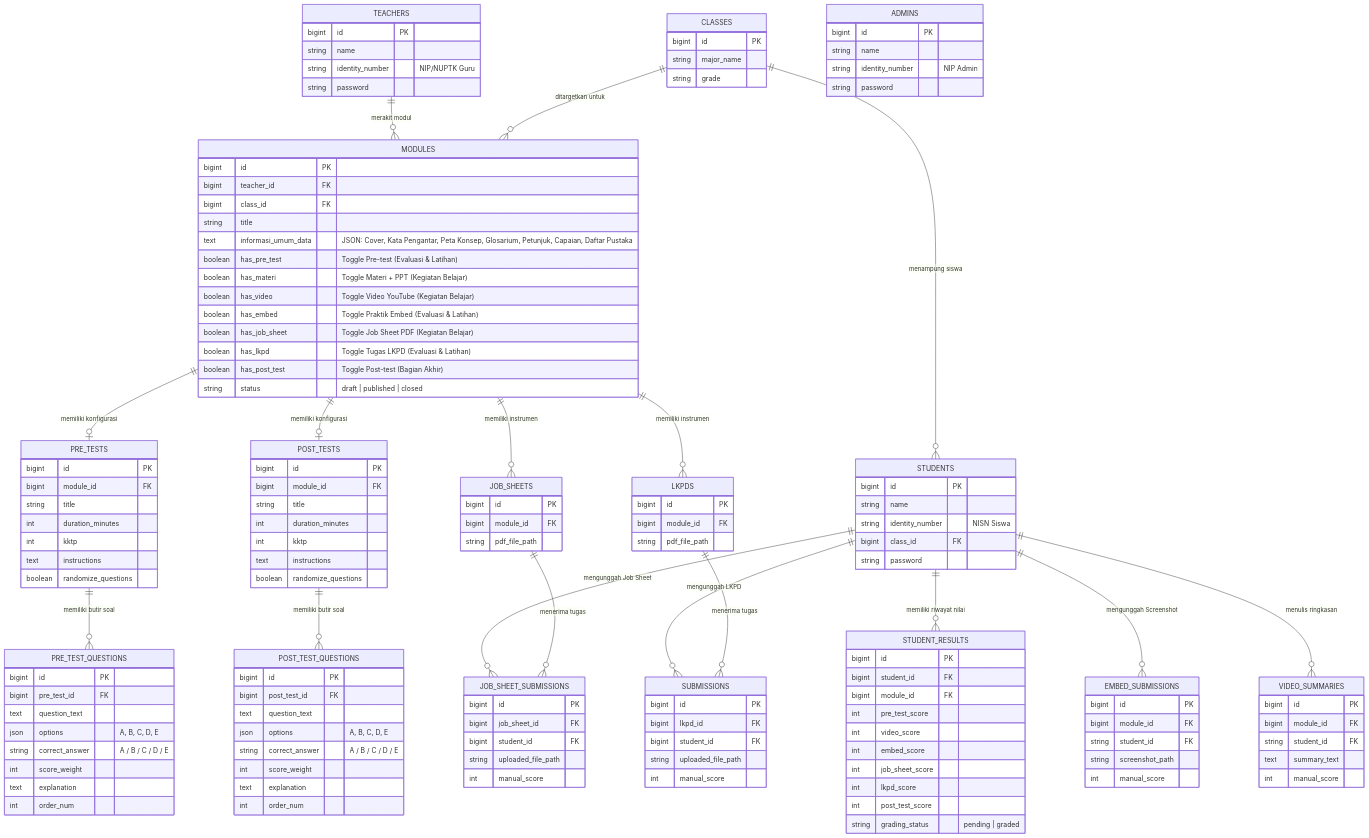
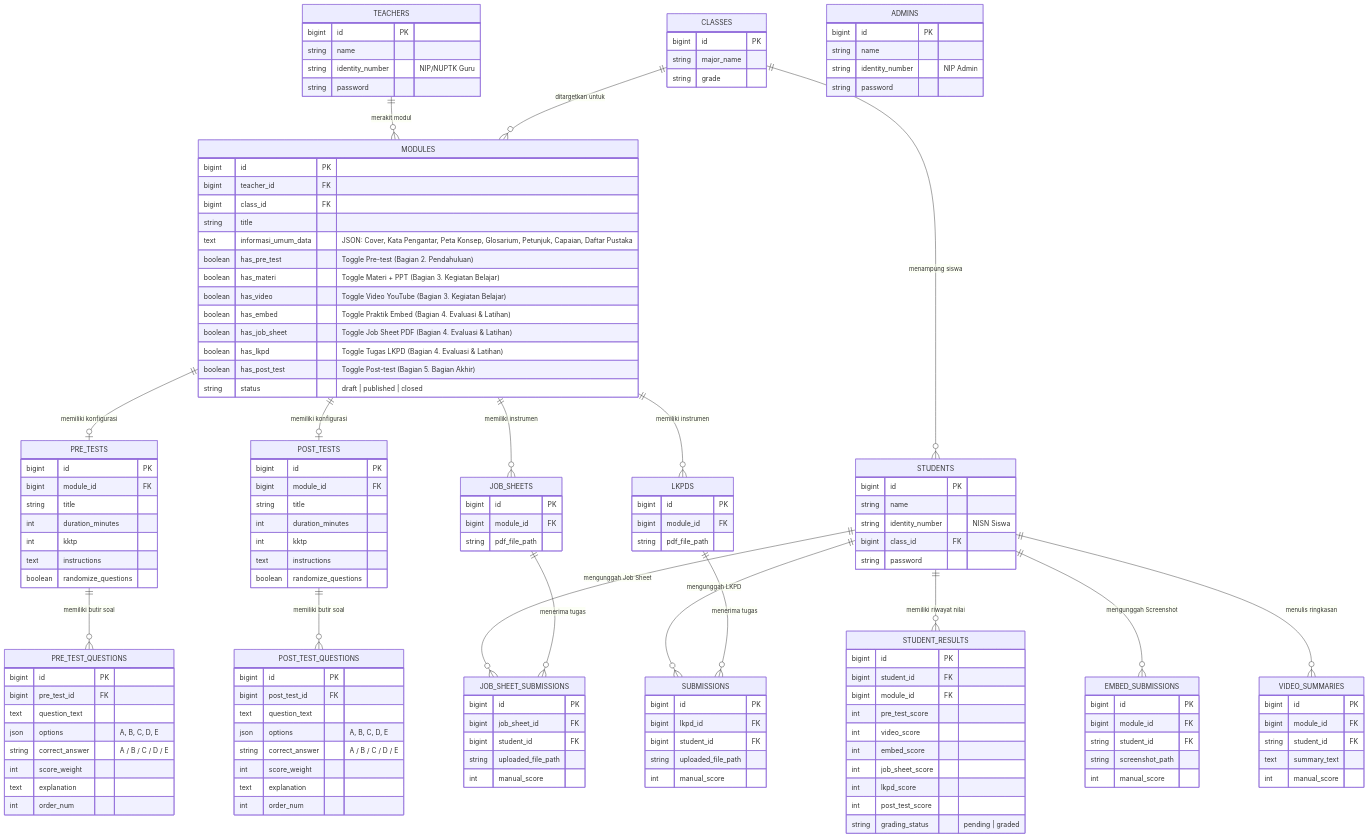
One commit to AdiLamunedo21/e-modul changed the second of 2 diagrams in prd.md. Above: the diagram before and after it, drawn with Mermaid. The commit also changed other lines of this file and 4 other files, not shown here.

```diff
--- a/prd.md
+++ b/prd.md
@@ -309,13 +328,13 @@
         bigint class_id FK
         string title
         text informasi_umum_data "JSON: Cover, Kata Pengantar, Peta Konsep, Glosarium, Petunjuk, Capaian, Daftar Pustaka"
-        boolean has_pre_test "Toggle Pre-test (Evaluasi & Latihan)"
-        boolean has_materi "Toggle Materi + PPT (Kegiatan Belajar)"
-        boolean has_video "Toggle Video YouTube (Kegiatan Belajar)"
-        boolean has_embed "Toggle Praktik Embed (Evaluasi & Latihan)"
-        boolean has_job_sheet "Toggle Job Sheet PDF (Kegiatan Belajar)"
-        boolean has_lkpd "Toggle Tugas LKPD (Evaluasi & Latihan)"
-        boolean has_post_test "Toggle Post-test (Bagian Akhir)"
+        boolean has_pre_test "Toggle Pre-test (Bagian 2. Pendahuluan)"
+        boolean has_materi "Toggle Materi + PPT (Bagian 3. Kegiatan Belajar)"
+        boolean has_video "Toggle Video YouTube (Bagian 3. Kegiatan Belajar)"
+        boolean has_embed "Toggle Praktik Embed (Bagian 4. Evaluasi & Latihan)"
+        boolean has_job_sheet "Toggle Job Sheet PDF (Bagian 4. Evaluasi & Latihan)"
+        boolean has_lkpd "Toggle Tugas LKPD (Bagian 4. Evaluasi & Latihan)"
+        boolean has_post_test "Toggle Post-test (Bagian 5. Bagian Akhir)"
         string status "draft | published | closed"
     }
     PRE_TESTS {
```
